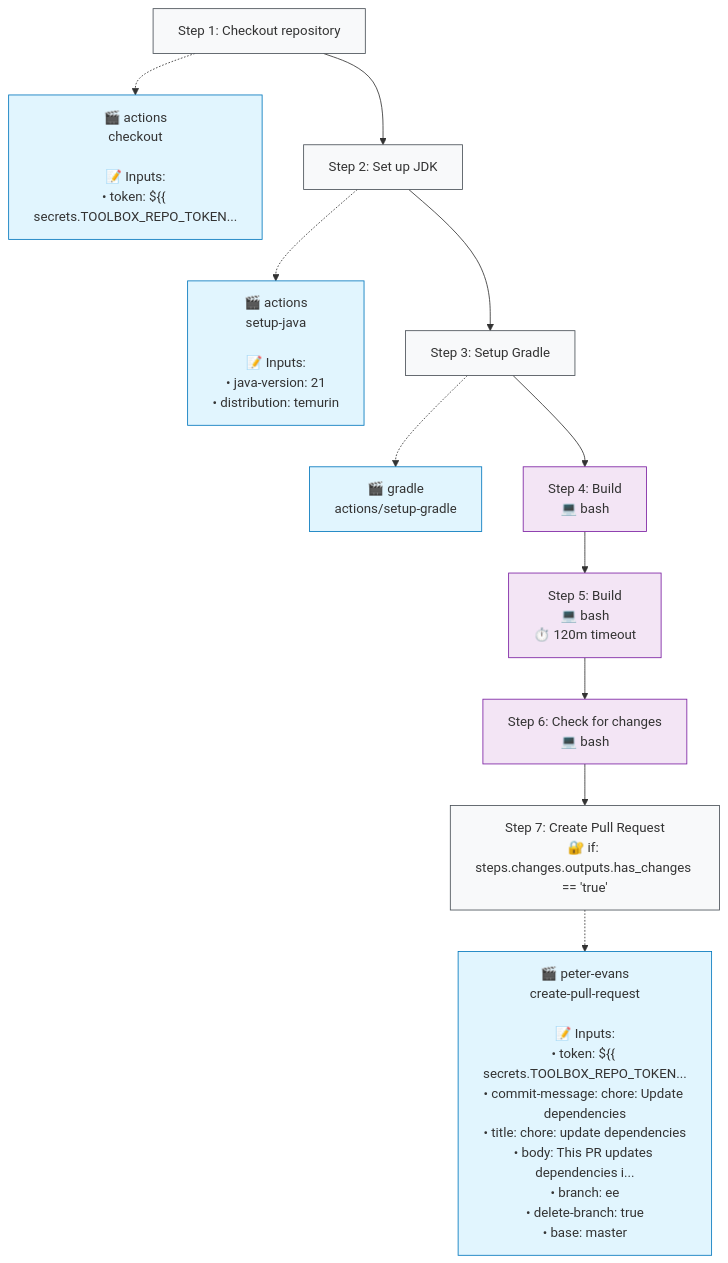
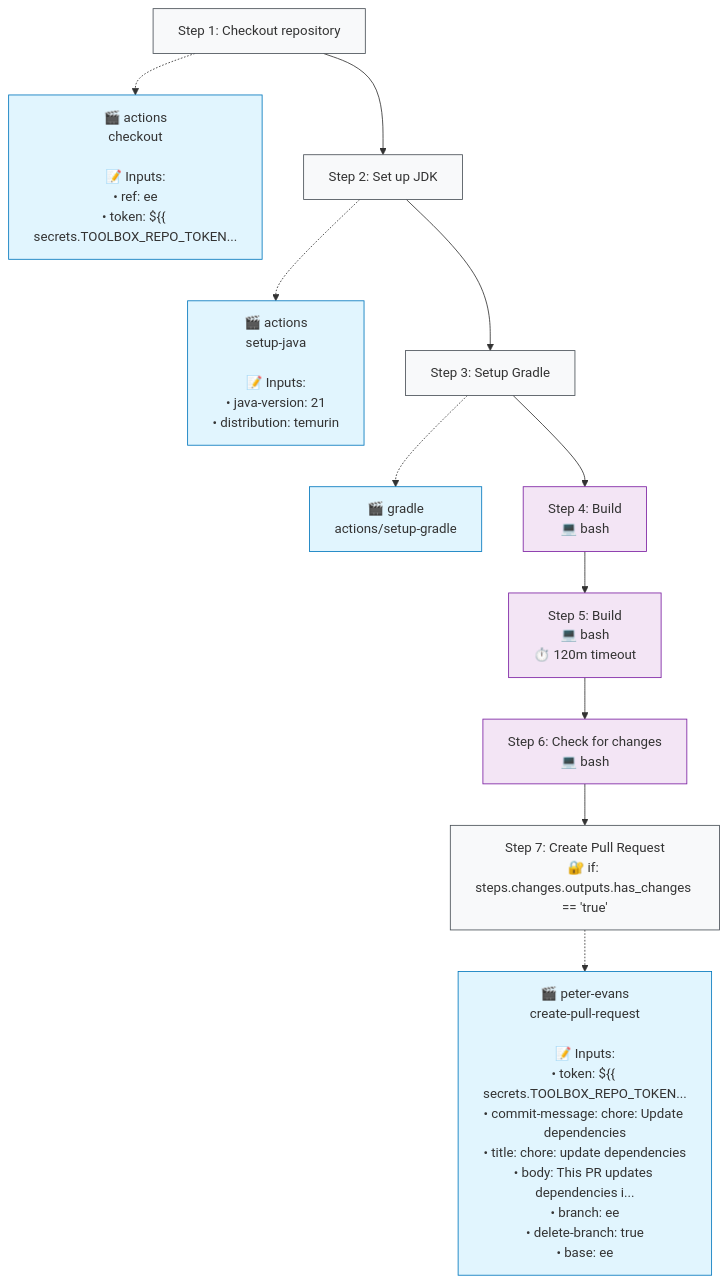
One commit to http4k/http4k changed the second of 2 diagrams in .github/typeflows/update-dependencies/README.md. Above: the diagram before and after it, drawn with Mermaid. The commit also changed 2 other files, not shown here.

Commit message:
Upgrade typeflows

````diff
--- a/.github/typeflows/update-dependencies/README.md
+++ b/.github/typeflows/update-dependencies/README.md
@@ -24,36 +24,36 @@
 ```mermaid
 %%{init: {"flowchart": {"curve": "basis"}}}%%
 flowchart TD
     step1["Step 1: Checkout repository"]
     style step1 fill:#f8f9fa,stroke:#495057
-    action1["🎬 actions<br/>checkout<br/><br/>📝 Inputs:<br/>• token: ${{ secrets.TOOLBOX_REPO_TOKEN..."]
+    action1["🎬 actions<br/>checkout<br/><br/>📝 Inputs:<br/>• ref: ee<br/>• token: ${{ secrets.TOOLBOX_REPO_TOKEN..."]
     style action1 fill:#e1f5fe,stroke:#0277bd
     step1 -.-> action1
     step2["Step 2: Set up JDK"]
     style step2 fill:#f8f9fa,stroke:#495057
     action2["🎬 actions<br/>setup-java<br/><br/>📝 Inputs:<br/>• java-version: 21<br/>• distribution: temurin"]
     style action2 fill:#e1f5fe,stroke:#0277bd
     step2 -.-> action2
     step1 --> step2
     step3["Step 3: Setup Gradle"]
     style step3 fill:#f8f9fa,stroke:#495057
     action3["🎬 gradle<br/>actions/setup-gradle"]
     style action3 fill:#e1f5fe,stroke:#0277bd
     step3 -.-> action3
     step2 --> step3
     step4["Step 4: Build<br/>💻 bash"]
     style step4 fill:#f3e5f5,stroke:#7b1fa2
     step3 --> step4
     step5["Step 5: Build<br/>💻 bash<br/>⏱️ 120m timeout"]
     style step5 fill:#f3e5f5,stroke:#7b1fa2
     step4 --> step5
     step6["Step 6: Check for changes<br/>💻 bash"]
     style step6 fill:#f3e5f5,stroke:#7b1fa2
     step5 --> step6
     step7["Step 7: Create Pull Request<br/>🔐 if: steps.changes.outputs.has_changes == 'true'"]
     style step7 fill:#f8f9fa,stroke:#495057
-    action7["🎬 peter-evans<br/>create-pull-request<br/><br/>📝 Inputs:<br/>• token: ${{ secrets.TOOLBOX_REPO_TOKEN...<br/>• commit-message: chore: Update dependencies<br/>• title: chore: update dependencies<br/>• body: This PR updates dependencies i...<br/>• branch: ee<br/>• delete-branch: true<br/>• base: master"]
+    action7["🎬 peter-evans<br/>create-pull-request<br/><br/>📝 Inputs:<br/>• token: ${{ secrets.TOOLBOX_REPO_TOKEN...<br/>• commit-message: chore: Update dependencies<br/>• title: chore: update dependencies<br/>• body: This PR updates dependencies i...<br/>• branch: ee<br/>• delete-branch: true<br/>• base: ee"]
     style action7 fill:#e1f5fe,stroke:#0277bd
     step7 -.-> action7
     step6 --> step7
 ```
````
